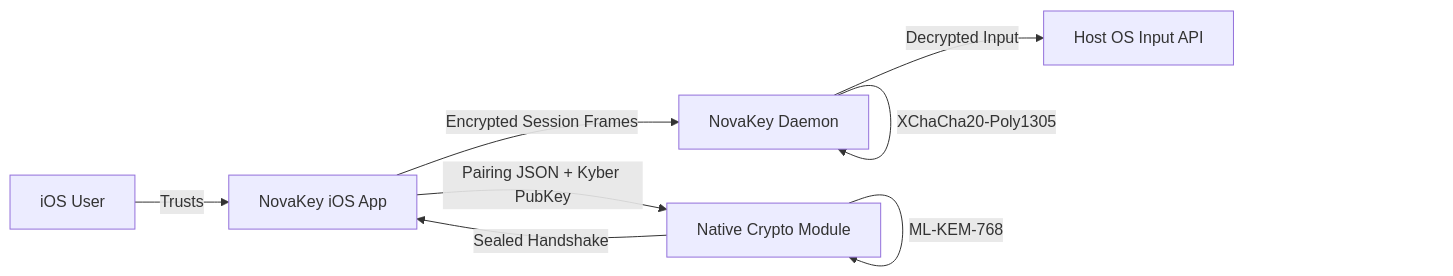
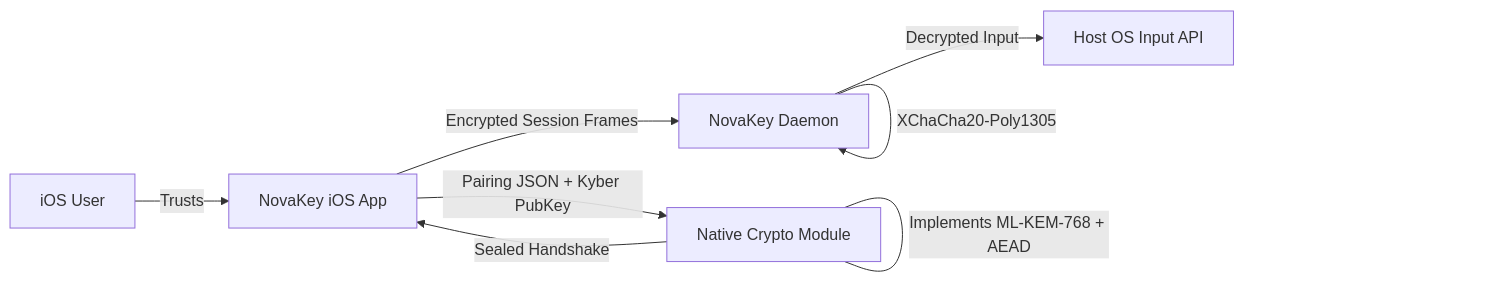
Before and after one commit to OsbornePro/NovaKey-iOS-App: the diagram in docs/CRYPTO_ARCHITECTURE.md, drawn with Mermaid. The commit also changed other lines of this file and 8 other files, not shown here.

````diff
--- a/docs/CRYPTO_ARCHITECTURE.md
+++ b/docs/CRYPTO_ARCHITECTURE.md
@@ -3,20 +23,20 @@
 ```mermaid
 flowchart LR
     User[iOS User]
     iOS[NovaKey iOS App]
     NativeCrypto[Native Crypto Module]
     Daemon[NovaKey Daemon]
     HostOS[Host OS Input API]
 
     User -->|Trusts| iOS
 
     iOS -->|Pairing JSON + Kyber PubKey| NativeCrypto
-    NativeCrypto -->|ML-KEM-768| NativeCrypto
+    NativeCrypto ---|Implements ML-KEM-768 + AEAD| NativeCrypto
     NativeCrypto -->|Sealed Handshake| iOS
 
     iOS -->|Encrypted Session Frames| Daemon
     Daemon -->|ML-KEM Decaps| Daemon
     Daemon -->|HKDF-SHA256| Daemon
     Daemon -->|XChaCha20-Poly1305| Daemon
     Daemon -->|Decrypted Input| HostOS
 ```
````
